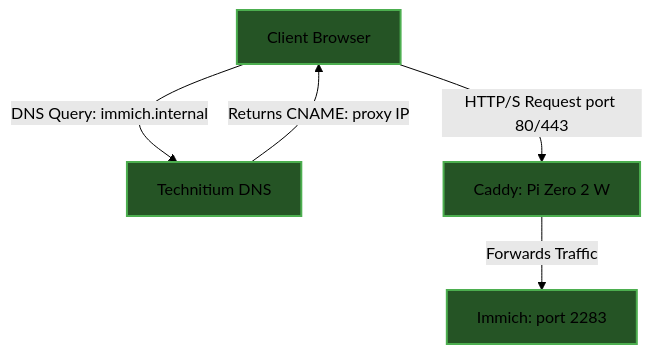
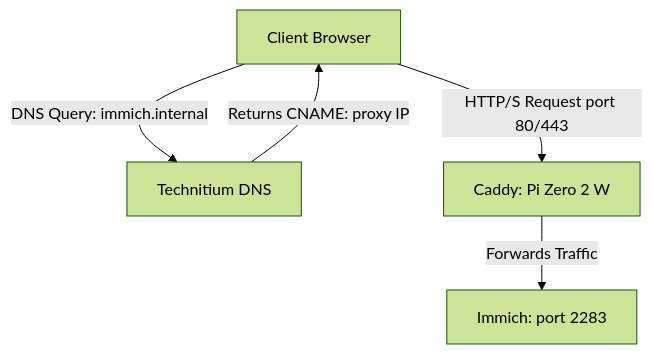
Before and after one commit to benhaube/network-portfolio: the diagram in docs/04_Change_Management/Caddy_Reverse-Proxy.md, drawn with Mermaid (forest theme). The commit also changed 31 other files, not shown here.

Commit message:
Implemented light/dark theme colors for Mermaid.js network maps.

````diff
--- a/docs/04_Change_Management/Caddy_Reverse-Proxy.md
+++ b/docs/04_Change_Management/Caddy_Reverse-Proxy.md
@@ -55,10 +55,10 @@
 ```mermaid
 graph TD
 	%% --- Class definitions ---
-	classDef box fill:#255425,stroke:#4cae4f,stroke-width:2px;
+	%% classDef box fill:#255425,stroke:#4cae4f,stroke-width:2px;
 
     User[Client Browser]:::box -- "DNS Query: immich.internal" --> DNS[Technitium DNS]:::box
     DNS -- "Returns CNAME: proxy IP" --> User
     User -- "HTTP/S Request port 80/443" --> Proxy[Caddy: Pi Zero 2 W]:::box
     Proxy -- "Forwards Traffic" --> App[Immich: port 2283]:::box
 ```
````
